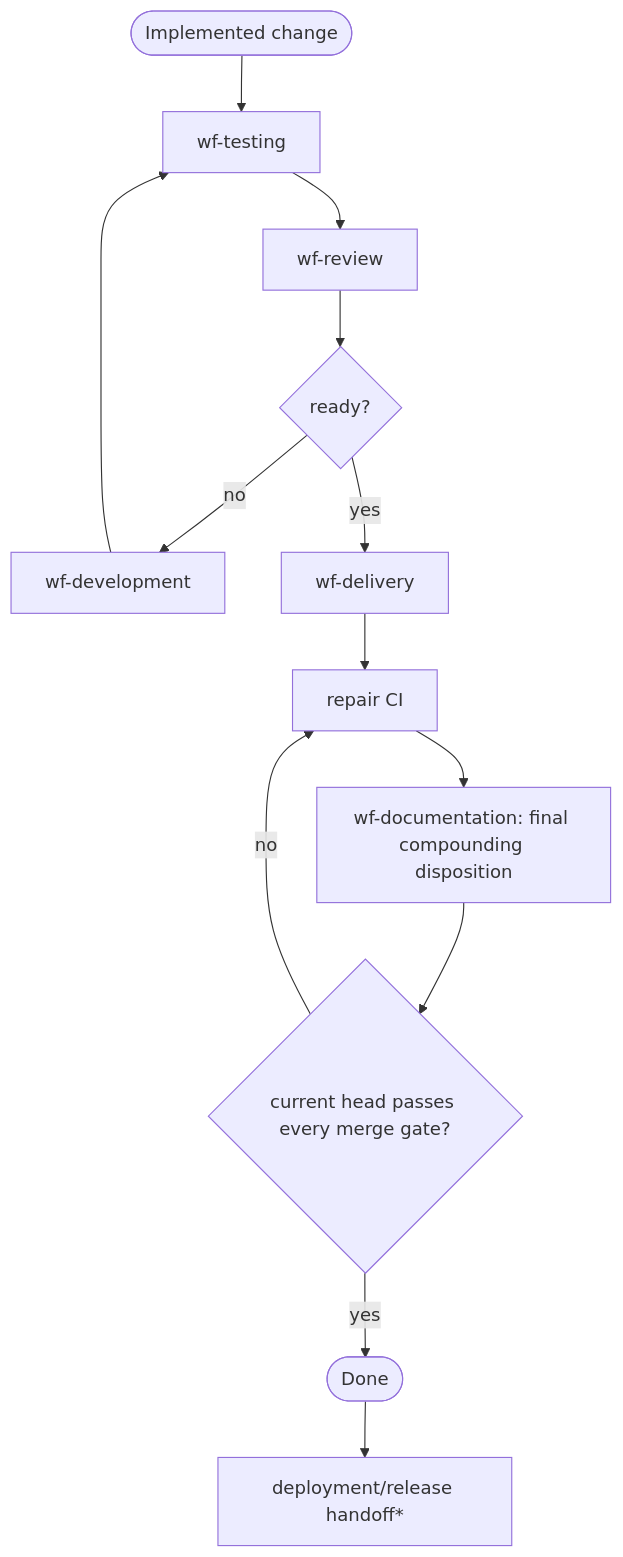
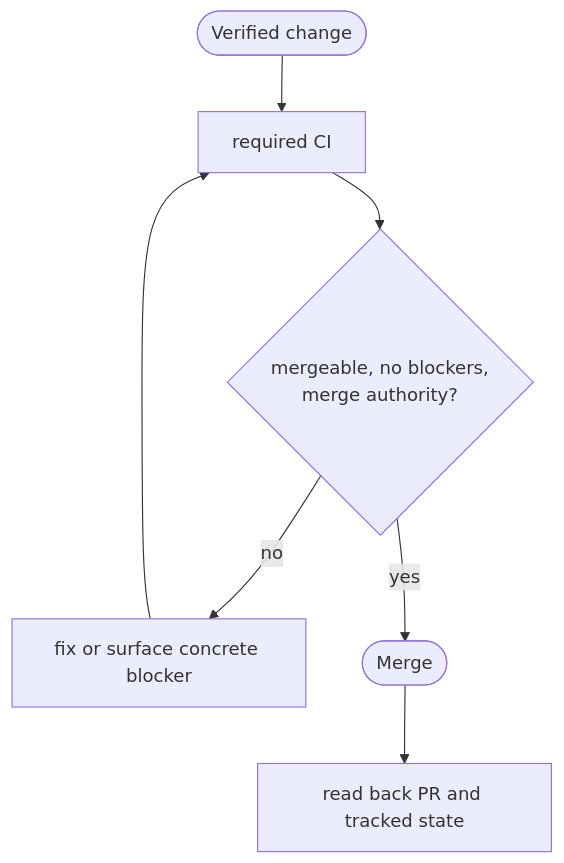
One commit to Life-With-Data/agentic-engineering changed the fourth of 5 diagrams in plugins/agentic-engineering/FLOWS.md. Above: the diagram before and after it, drawn with Mermaid. The commit also changed other lines of this file and 26 other files, not shown here.

````diff
--- a/plugins/agentic-engineering/FLOWS.md
+++ b/plugins/agentic-engineering/FLOWS.md
@@ -78,15 +54,9 @@
 ```mermaid
 flowchart TD
-    implemented([Implemented change]) --> T["wf-testing"]
-    T --> R["wf-review"]
-    R --> ready{"ready?"}
-    ready -->|no| D["wf-development"]
-    D --> T
-    ready -->|yes| L["wf-delivery"]
-    L --> ci["repair CI"]
-    ci --> K["wf-documentation: final compounding disposition"]
-    K --> merge{"current head passes every merge gate?"}
-    merge -->|no| ci
-    merge -->|yes| done([Done])
-    done --> deploy["deployment/release handoff*"]
+    change([Verified change]) --> ci["required CI"]
+    ci --> ready{"mergeable, no blockers,<br/>merge authority?"}
+    ready -->|no| fix["fix or surface concrete blocker"]
+    fix --> ci
+    ready -->|yes| merge([Merge])
+    merge --> verify["read back PR and tracked state"]
 ```
````
